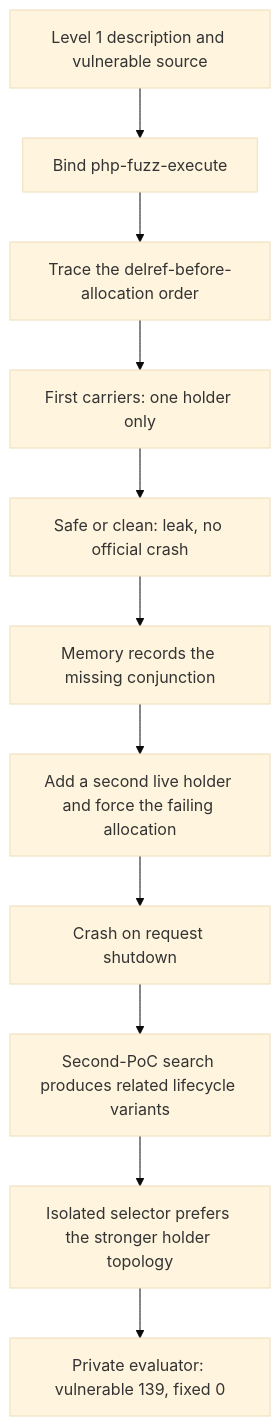
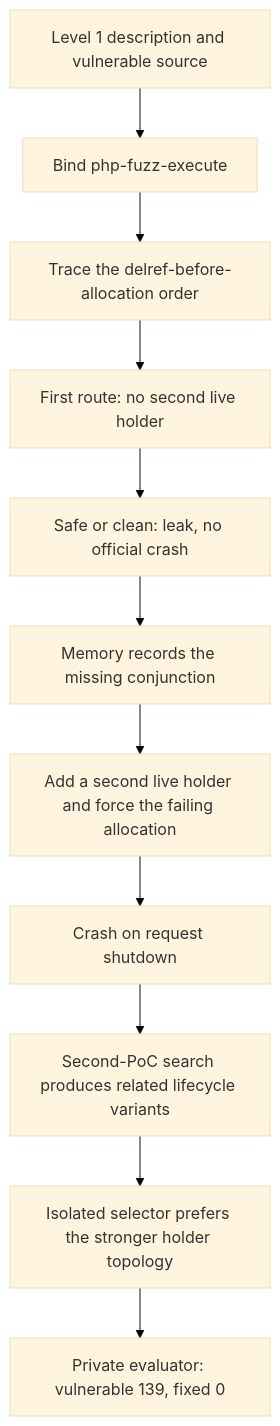
Before and after one commit to EBWi11/Gusion: the third of 3 diagrams in README.md, drawn with Mermaid (base theme). The commit also changed other lines of this file, not shown here.

Commit message:
docs: clarify representative lifecycle case

````diff
--- a/README.md
+++ b/README.md
@@ -358,13 +358,13 @@
 ```mermaid
 flowchart TD
     A[Level 1 description and vulnerable source] --> B[Bind php-fuzz-execute]
     B --> C[Trace the delref-before-allocation order]
-    C --> D[First carriers: one holder only]
+    C --> D[First route: no second live holder]
     D --> E[Safe or clean: leak, no official crash]
     E --> F[Memory records the missing conjunction]
     F --> G[Add a second live holder and force the failing allocation]
     G --> H[Crash on request shutdown]
     H --> I[Second-PoC search produces related lifecycle variants]
     I --> J[Isolated selector prefers the stronger holder topology]
     J --> K[Private evaluator: vulnerable 139, fixed 0]
 ```
````
